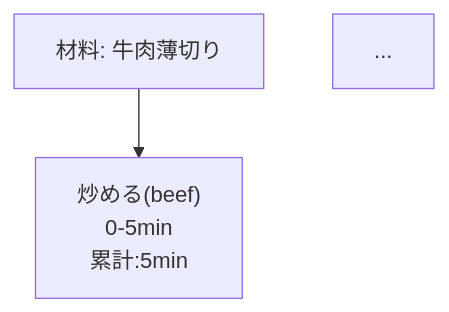
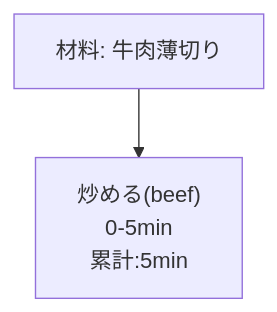
The diagram in README.md (irori-dev/recipetools-core), drawn with Mermaid before and after one commit.

````diff
--- a/README.md
+++ b/README.md
@@ -60,7 +60,6 @@
 ```mermaid
 graph TD
   beef["材料: 牛肉薄切り"]
   beef --> step1
   step1["炒める(beef)\n0-5min\n累計:5min"]
-  ...
 ```
````
